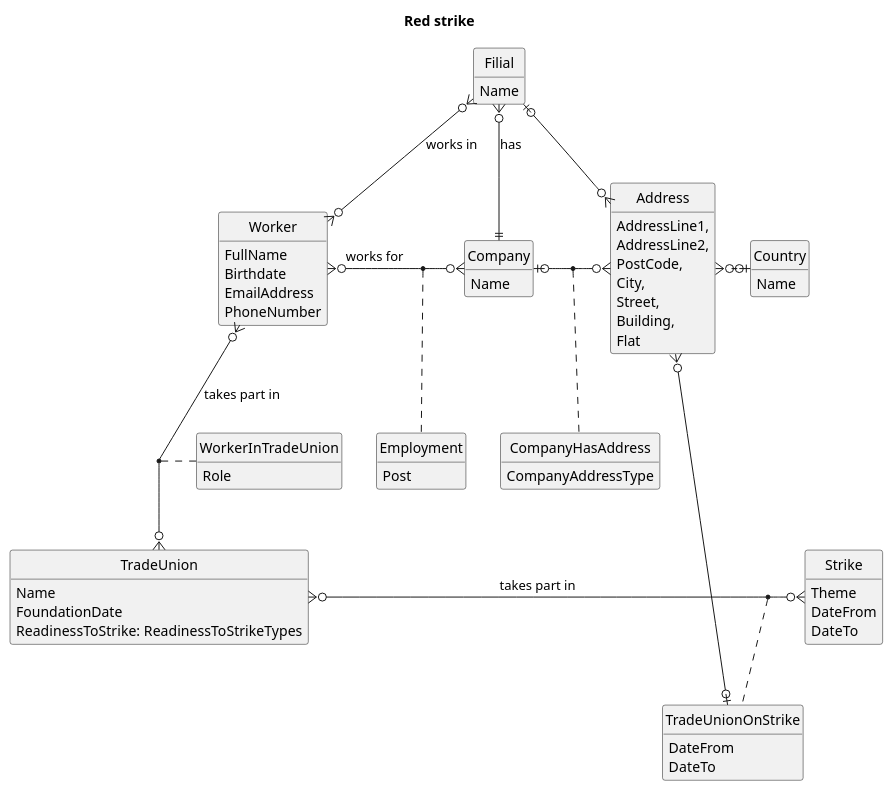
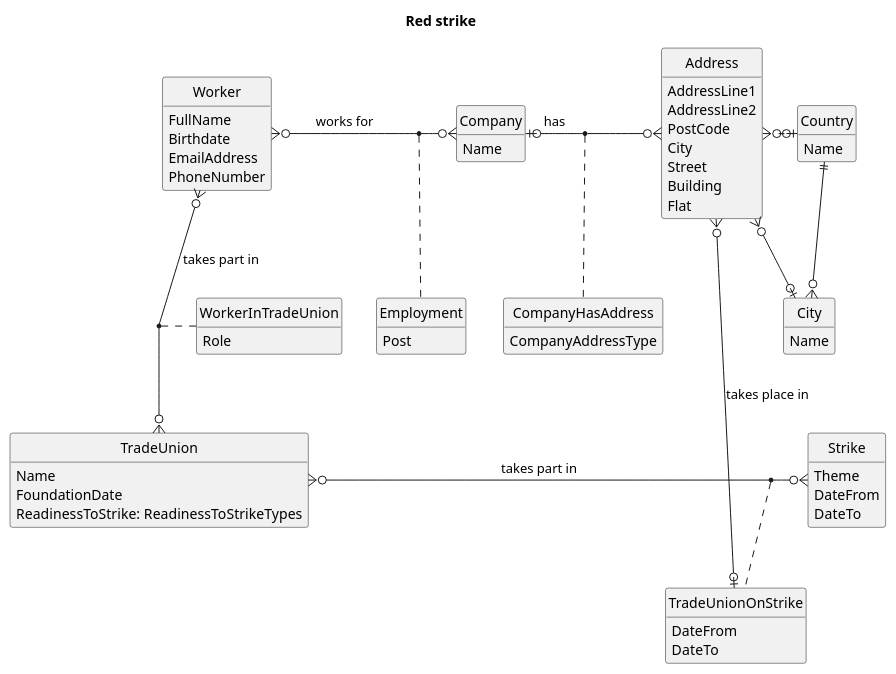
One commit to KirillAmurskiy/otus-mssql changed the diagram in red-strike-conceptual.puml. Above: the diagram before and after it, drawn with PlantUML. The commit also changed 2 other files, not shown here.

```diff
--- a/red-strike-conceptual.puml
+++ b/red-strike-conceptual.puml
@@ -1,92 +1,90 @@
 @startuml
 
 title Red strike
 
 class Worker{
     FullName
     Birthdate
     EmailAddress
     PhoneNumber
 }
 
 class Company{
     Name
 }
 
-class Filial{
-    Name
-}
-
 class Address{
-    AddressLine1,
-    AddressLine2,
-    PostCode,
-    City,
-    Street,
-    Building,
+    AddressLine1
+    AddressLine2
+    PostCode
+    City
+    Street
+    Building
     Flat
 }
 
 class Country{
+    Name
+}
+
+class City{
     Name
 }
 
 class TradeUnion{
     Name
     FoundationDate
     ReadinessToStrike: ReadinessToStrikeTypes
 }
 
 class Strike{
     Theme
     DateFrom
     DateTo
 }
 
 class WorkerInTradeUnion{
     Role
 }
 
 class Employment{
     Post
 }
 
 class CompanyHasAddress{
     CompanyAddressType
 }
 
 class TradeUnionOnStrike{
     DateFrom
     DateTo
 }
 
 Worker }o-r-o{ Company : works for
 
 (Worker, Company) .. Employment
 
-Worker }o-u-o{ Filial: works in
-
-Company ||-u-o{ Filial: has
-
 Worker }o-d-o{ TradeUnion: takes part in
 
 (Worker, TradeUnion) .. WorkerInTradeUnion
 
-Company |o-r-o{ Address
+Company |o-r-o{ Address: has
 
 (Company, Address) .. CompanyHasAddress
 
-Filial |o-r-o{ Address
+Country |o-l-o{ Address
 
-Country |o-l-o{ Address
+City |o-u-o{ Address
+
+Country ||-d-o{ City
 
 TradeUnion }o-r-o{ Strike: takes part in
 
 (TradeUnion, Strike) .. TradeUnionOnStrike
 
-TradeUnionOnStrike |o-u-o{ Address
+TradeUnionOnStrike |o-u-o{ Address: takes place in
 
 hide methods
 hide circle
 
 @enduml
```
